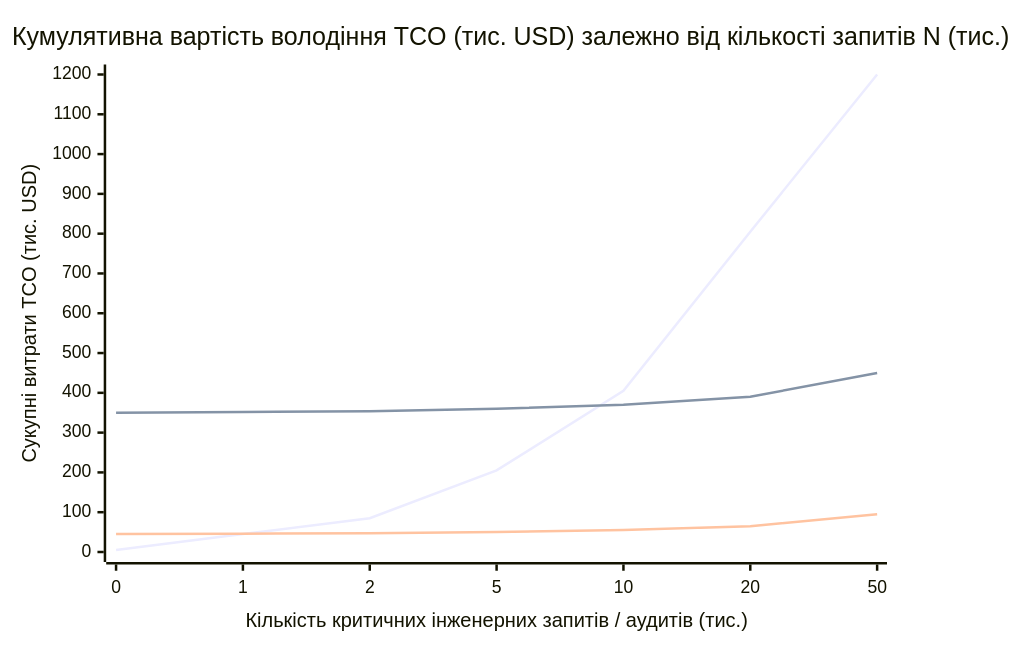
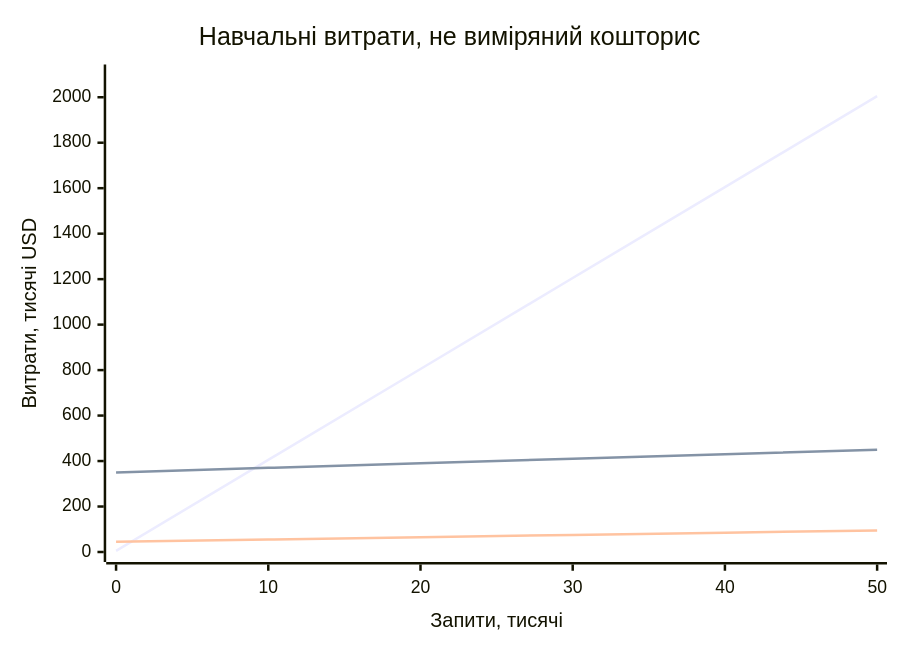
Diagram 12 of 12 in ExpertSystem/ch15-knowledge-extraction-and-kb-construction.md (nick-fedchik/articles), drawn with Mermaid before and after one commit. The commit also changed other lines of this file and 7 other files, not shown here.

````diff
--- a/ExpertSystem/ch15-knowledge-extraction-and-kb-construction.md
+++ b/ExpertSystem/ch15-knowledge-extraction-and-kb-construction.md
@@ -1580,9 +1826,11 @@
 ```mermaid
 xychart-beta
-    title "Кумулятивна вартість володіння TCO (тис. USD) залежно від кількості запитів N (тис.)"
-    x-axis "Кількість критичних інженерних запитів / аудитів (тис.)" [0, 1, 2, 5, 10, 20, 50]
-    y-axis "Сукупні витрати TCO (тис. USD)" 0 --> 1200
-    line "Стохастичний RAG (дешевий старт, дорогий аудит і ризики)" [5, 45, 85, 205, 405, 805, 1200]
-    line "Ручна ЕС 1980-х (високий C_init, вузьке місце Файгенбаума)" [350, 352, 354, 360, 370, 390, 450]
-    line "Автоматизована доказова ЕС (компіляція SDIE/WFST + сертифікат)" [45, 46, 47, 50, 55, 65, 95]
+    accTitle: Навчальна модель сукупних витрат трьох альтернатив
+    accDescr: Три лінії в порядку RAG, ручна формалізація та автоматизована експертна система обчислено за сталими умовними цінами. Це не вимірювання.
+    title "Навчальні витрати, не виміряний кошторис"
+    x-axis "Запити, тисячі" [0, 10, 20, 30, 40, 50]
+    y-axis "Витрати, тисячі USD" 0 --> 2100
+    line [5, 405, 805, 1205, 1605, 2005]
+    line [350, 370, 390, 410, 430, 450]
+    line [45, 55, 65, 75, 85, 95]
 ```
````
